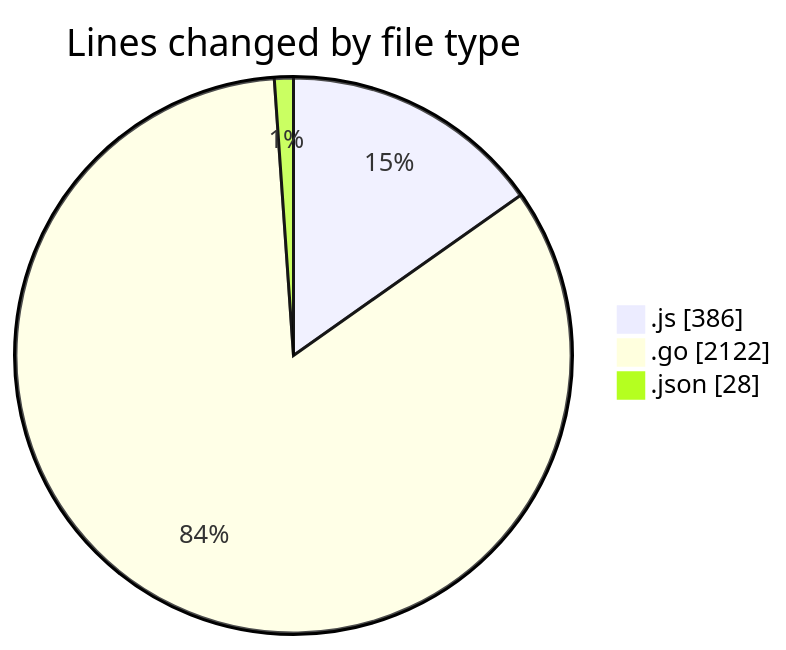
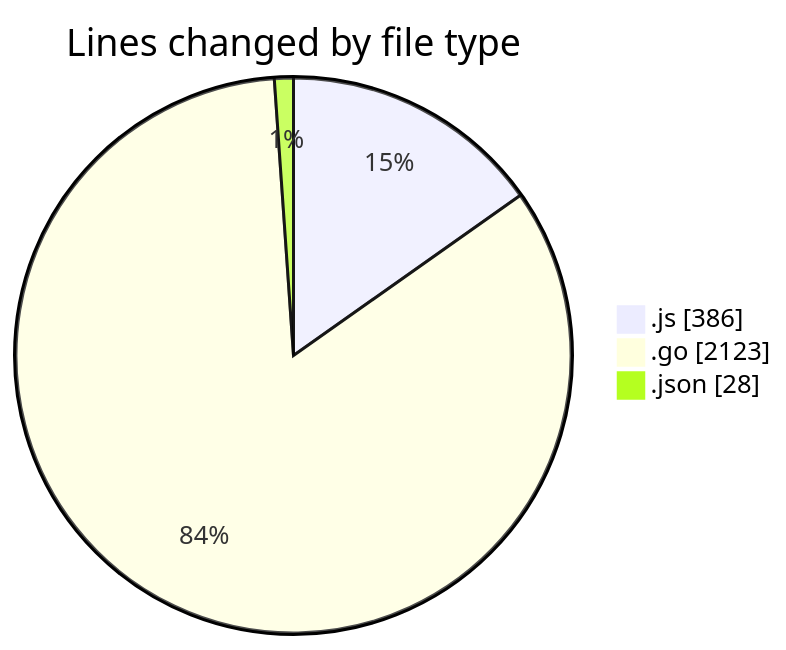
The first of 2 diagrams in 2025-03-04/simulador-serial/README.md (robertbonfada/code-tracking), drawn with Mermaid before and after one commit. The commit also changed other lines of this file and 1 other file, not shown here.

````diff
--- a/2025-03-04/simulador-serial/README.md
+++ b/2025-03-04/simulador-serial/README.md
@@ -27,7 +27,7 @@
 ```mermaid
 pie showData
 title Lines changed by file type
 ".js" : 386
-".go" : 2122
+".go" : 2123
 ".json" : 28
 ```
````
